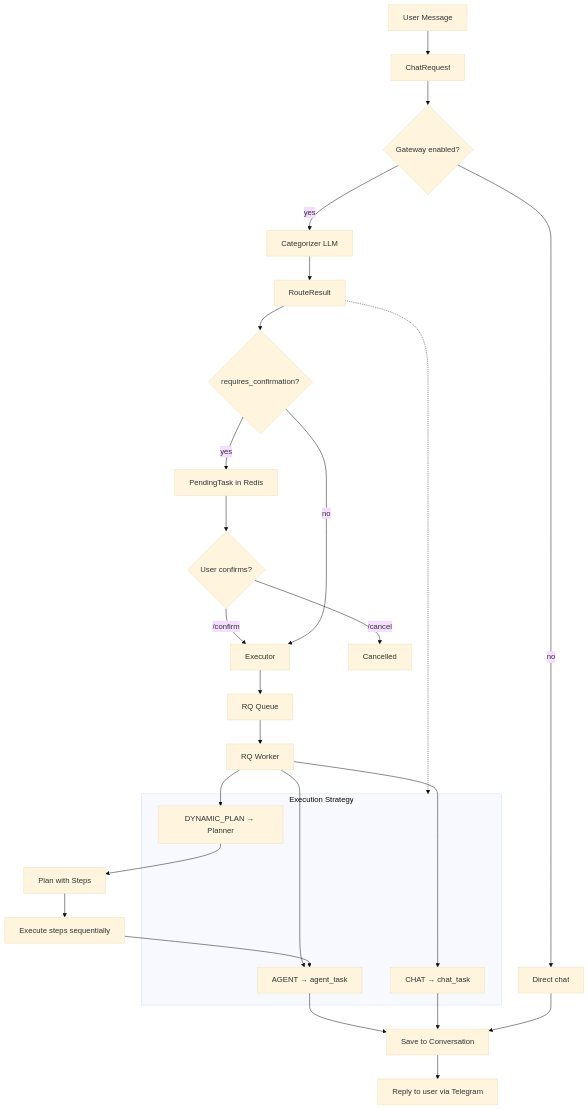
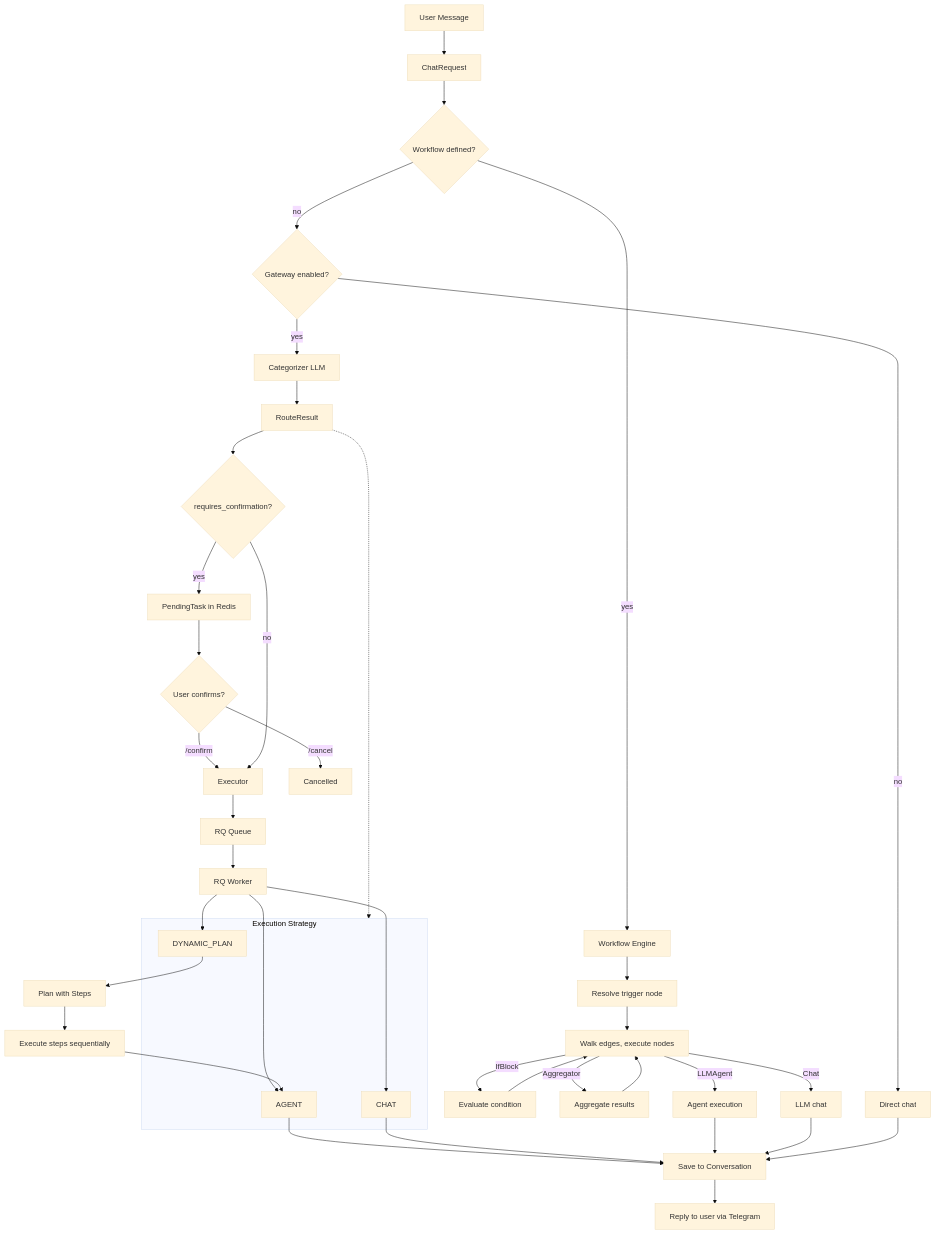
Before and after one commit to theuselessai/Pipelit: the sixth of 6 diagrams in docs/domain_model.md, drawn with Mermaid (base theme). The commit also changed other lines of this file, not shown here.

Commit message:
Update domain model with Django user, credentials, system config, and n8n-style workflow components

````diff
--- a/docs/domain_model.md
+++ b/docs/domain_model.md
@@ -63,42 +232,56 @@
 ```mermaid
 flowchart TD
     MSG[User Message] --> CR[ChatRequest]
-    CR --> CAT{Gateway enabled?}
+    CR --> WF{Workflow defined?}
+
+    WF -->|yes| ENGINE[Workflow Engine]
+    WF -->|no| CAT{Gateway enabled?}
+
+    ENGINE --> RESOLVE[Resolve trigger node]
+    RESOLVE --> WALK[Walk edges, execute nodes]
+    WALK --> |LLMAgent| AGENT_EXEC[Agent execution]
+    WALK --> |Chat| CHAT_EXEC[LLM chat]
+    WALK --> |IfBlock| BRANCH[Evaluate condition]
+    WALK --> |Aggregator| AGG[Aggregate results]
+    BRANCH --> WALK
+    AGG --> WALK
 
     CAT -->|yes| LLM[Categorizer LLM]
     CAT -->|no| DIRECT[Direct chat]
 
     LLM --> RR[RouteResult]
     RR --> CONF{requires_confirmation?}
 
     CONF -->|yes| PT[PendingTask in Redis]
     PT --> APPROVE{User confirms?}
     APPROVE -->|/confirm| EXEC
     APPROVE -->|/cancel| DONE[Cancelled]
 
     CONF -->|no| EXEC[Executor]
 
     RR -.-> STRAT
 
     subgraph STRAT[Execution Strategy]
-        AGENT[AGENT → agent_task]
-        CHAT[CHAT → chat_task]
-        DYNAMIC[DYNAMIC_PLAN → Planner]
+        AGENT[AGENT]
+        CHAT[CHAT]
+        DYNAMIC[DYNAMIC_PLAN]
     end
 
     EXEC --> RQ[RQ Queue]
     RQ --> WORKER[RQ Worker]
 
     WORKER --> AGENT
     WORKER --> CHAT
     WORKER --> DYNAMIC
 
     DYNAMIC --> PLAN[Plan with Steps]
     PLAN --> STEP[Execute steps sequentially]
     STEP --> AGENT
 
     AGENT --> SAVE[Save to Conversation]
     CHAT --> SAVE
+    AGENT_EXEC --> SAVE
+    CHAT_EXEC --> SAVE
     SAVE --> REPLY[Reply to user via Telegram]
     DIRECT --> SAVE
 ```
````
